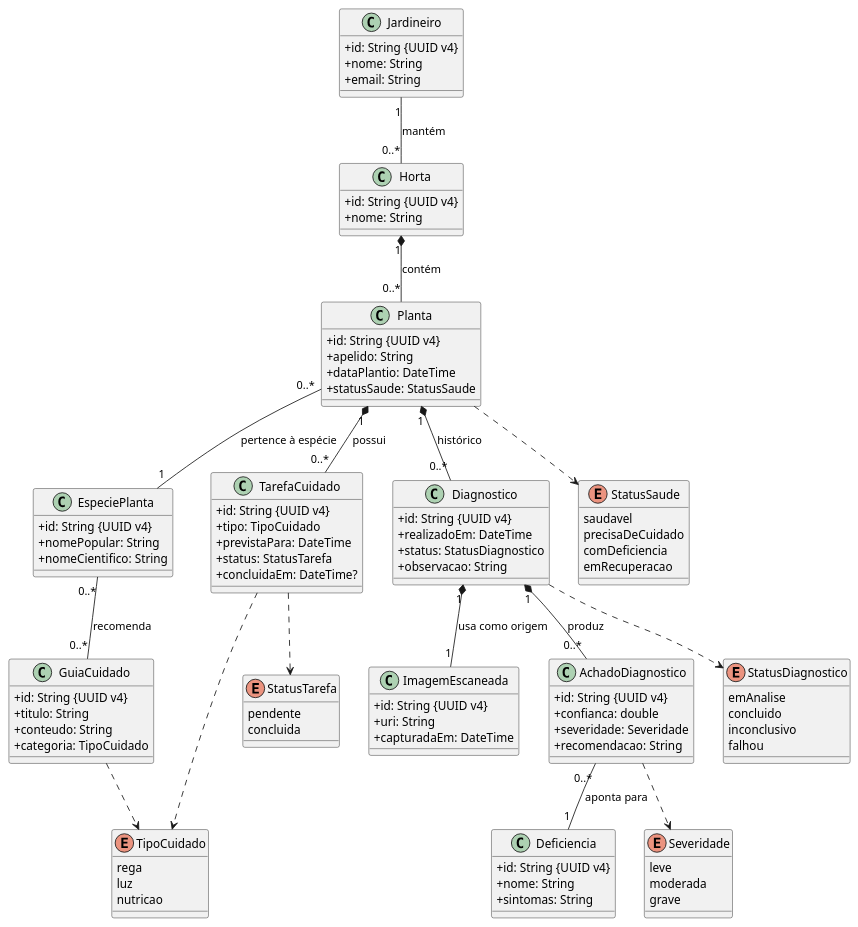
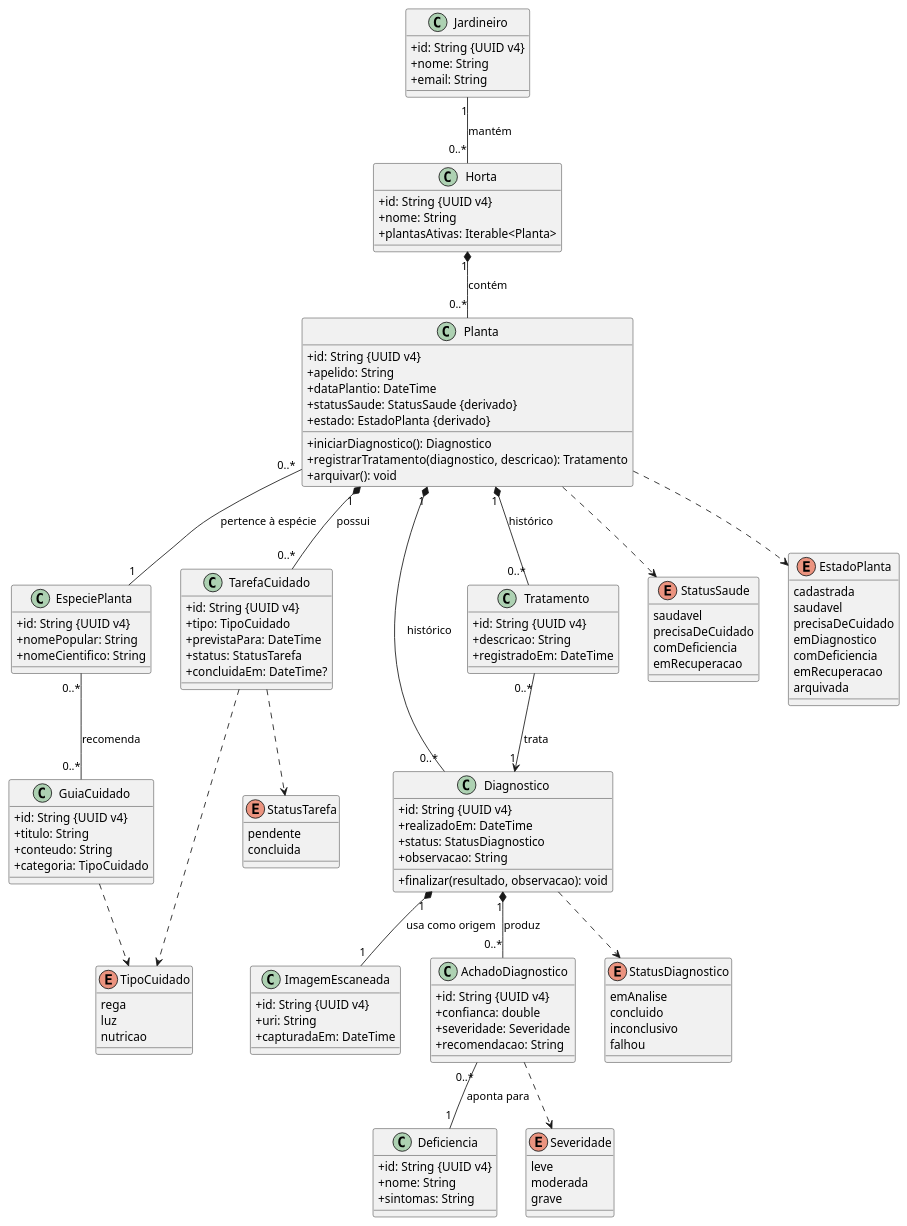
The diagram in Diagramas/03-diagrama-de-classes.md (Yohendev/app-flutter-horta), drawn with PlantUML before and after one commit. The commit also changed 5 other files, not shown here.

```diff
--- a/Diagramas/03-diagrama-de-classes.md
+++ b/Diagramas/03-diagrama-de-classes.md
@@ -14,12 +14,17 @@
 class Horta {
   +id: String {UUID v4}
   +nome: String
+  +plantasAtivas: Iterable<Planta>
 }
 class Planta {
   +id: String {UUID v4}
   +apelido: String
   +dataPlantio: DateTime
-  +statusSaude: StatusSaude
+  +statusSaude: StatusSaude {derivado}
+  +estado: EstadoPlanta {derivado}
+  +iniciarDiagnostico(): Diagnostico
+  +registrarTratamento(diagnostico, descricao): Tratamento
+  +arquivar(): void
 }
 class EspeciePlanta {
   +id: String {UUID v4}
@@ -44,6 +49,12 @@
   +realizadoEm: DateTime
   +status: StatusDiagnostico
   +observacao: String
+  +finalizar(resultado, observacao): void
+}
+class Tratamento {
+  +id: String {UUID v4}
+  +descricao: String
+  +registradoEm: DateTime
 }
 class ImagemEscaneada {
   +id: String {UUID v4}
@@ -67,6 +78,15 @@
   precisaDeCuidado
   comDeficiencia
   emRecuperacao
+}
+enum EstadoPlanta {
+  cadastrada
+  saudavel
+  precisaDeCuidado
+  emDiagnostico
+  comDeficiencia
+  emRecuperacao
+  arquivada
 }
 enum TipoCuidado {
   rega
@@ -94,12 +114,15 @@
 Planta "0..*" -- "1" EspeciePlanta : pertence à espécie
 Planta "1" *-- "0..*" TarefaCuidado : possui
 Planta "1" *-- "0..*" Diagnostico : histórico
+Planta "1" *-- "0..*" Tratamento : histórico
+Tratamento "0..*" --> "1" Diagnostico : trata
 Diagnostico "1" *-- "1" ImagemEscaneada : usa como origem
 Diagnostico "1" *-- "0..*" AchadoDiagnostico : produz
 AchadoDiagnostico "0..*" -- "1" Deficiencia : aponta para
 EspeciePlanta "0..*" -- "0..*" GuiaCuidado : recomenda
 
 Planta ..> StatusSaude
+Planta ..> EstadoPlanta
 TarefaCuidado ..> TipoCuidado
 TarefaCuidado ..> StatusTarefa
 GuiaCuidado ..> TipoCuidado
```
